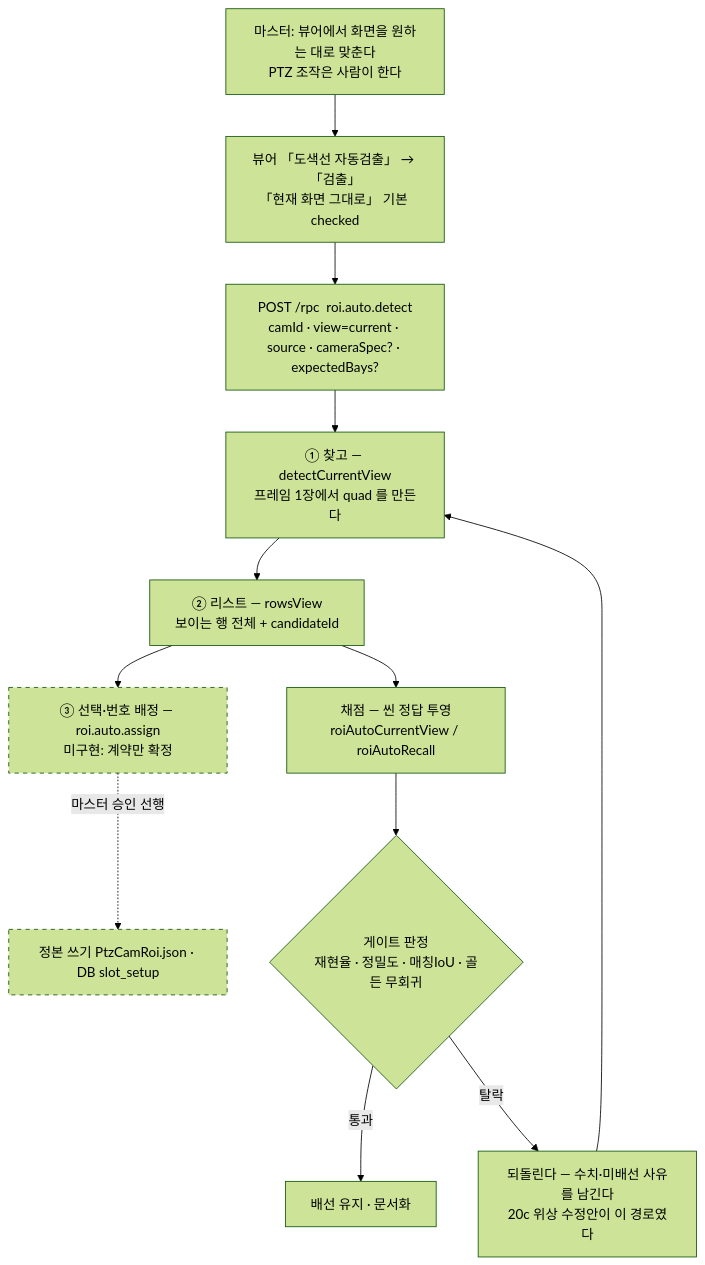
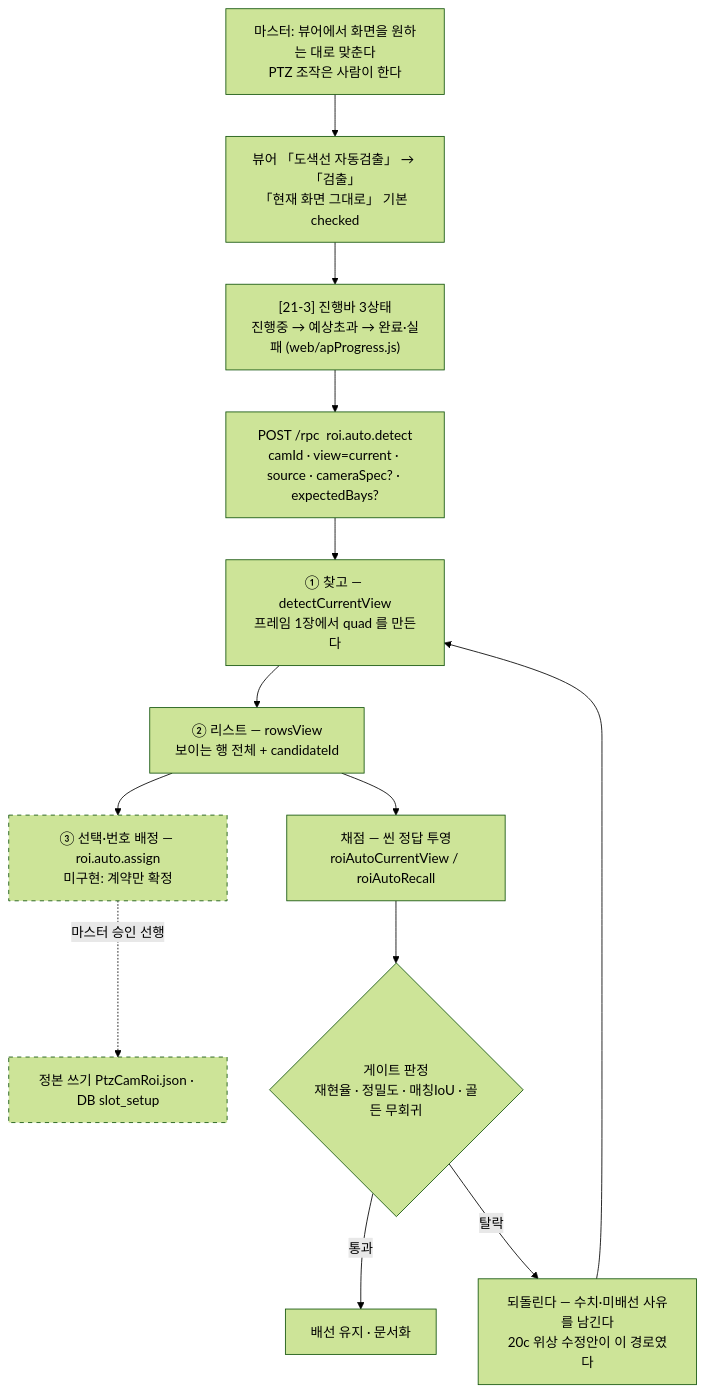
Before and after one commit to hebong79/SettingAgent01: the first of 7 diagrams in SettingAgent/docs/20260730_154542_주차면자동생성_순서도_20회차방향성.md, drawn with Mermaid (forest theme). The commit also changed other lines of this file and 2 other files, not shown here.

````diff
--- a/SettingAgent/docs/20260730_154542_주차면자동생성_순서도_20회차방향성.md
+++ b/SettingAgent/docs/20260730_154542_주차면자동생성_순서도_20회차방향성.md
@@ -26,18 +29,19 @@
 ```mermaid
 flowchart TD
     U["마스터: 뷰어에서 화면을 원하는 대로 맞춘다<br/>PTZ 조작은 사람이 한다"] --> B["뷰어 「도색선 자동검출」 → 「검출」<br/>「현재 화면 그대로」 기본 checked"]
-    B --> R["POST /rpc  roi.auto.detect<br/>camId · view=current · source · cameraSpec? · expectedBays?"]
+    B --> PB["[21-3] 진행바 3상태<br/>진행중 → 예상초과 → 완료·실패 (web/apProgress.js)"]
+    PB --> R["POST /rpc  roi.auto.detect<br/>camId · view=current · source · cameraSpec? · expectedBays?"]
     R --> S1["① 찾고 — detectCurrentView<br/>프레임 1장에서 quad 를 만든다"]
     S1 --> S2["② 리스트 — rowsView<br/>보이는 행 전체 + candidateId"]
     S2 --> S3["③ 선택·번호 배정 — roi.auto.assign<br/>미구현: 계약만 확정"]
     S3 -.->|"마스터 승인 선행"| W["정본 쓰기 PtzCamRoi.json · DB slot_setup"]
 
     S2 --> G["채점 — 씬 정답 투영<br/>roiAutoCurrentView / roiAutoRecall"]
     G --> GATE{"게이트 판정<br/>재현율 · 정밀도 · 매칭IoU · 골든 무회귀"}
     GATE -->|"통과"| DONE["배선 유지 · 문서화"]
     GATE -->|"탈락"| REV["되돌린다 — 수치·미배선 사유를 남긴다<br/>20c 위상 수정안이 이 경로였다"]
     REV --> S1
 
     classDef todo stroke-dasharray: 5 5
     class S3,W todo
 ```
````
